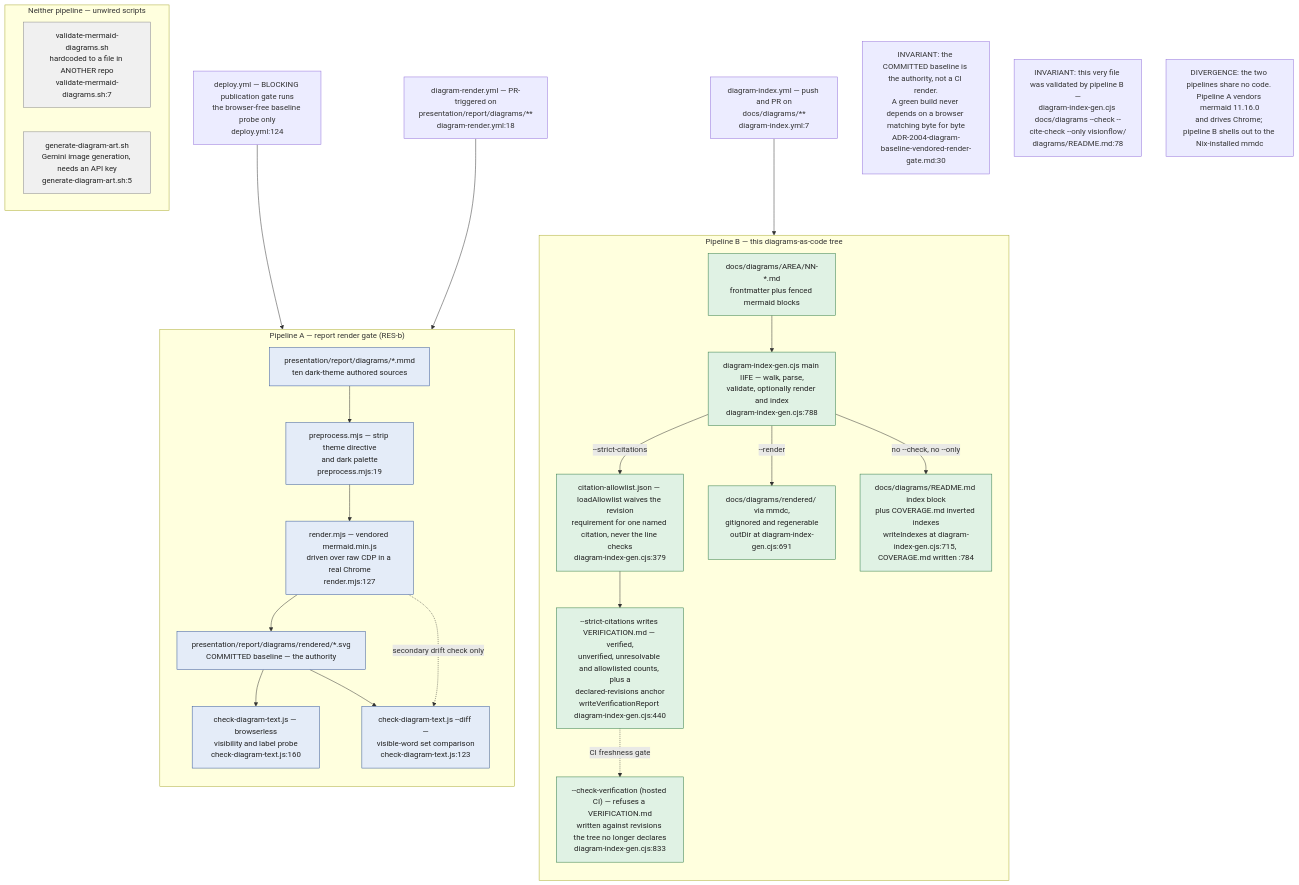
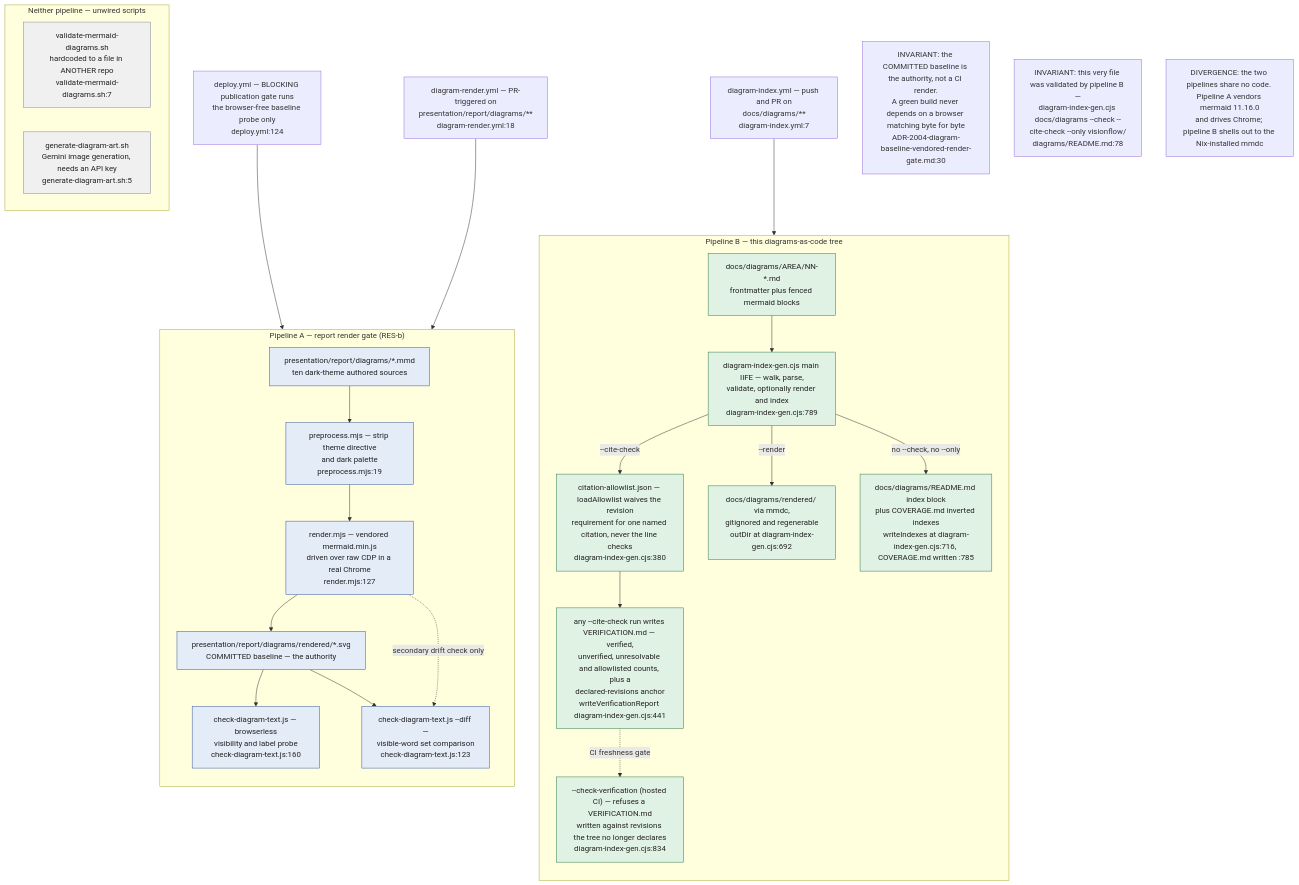
Before and after one commit to DreamLab-AI/VisionFlow: the first of 14 diagrams in docs/diagrams/visionflow/06-diagram-tooling.md, drawn with Mermaid. The commit also changed other lines of this file and 94 other files, not shown here.

First line of the commit message:
docs(diagrams): re-verify 130 topics against 2 October HEADs

````diff
--- a/docs/diagrams/visionflow/06-diagram-tooling.md
+++ b/docs/diagrams/visionflow/06-diagram-tooling.md
@@ -35,49 +35,49 @@
 ```mermaid
 flowchart TB
     classDef pipeA fill:#e4ecf8,stroke:#33559a,color:#222
     classDef pipeB fill:#e0f2e4,stroke:#2f7a45,color:#222
     classDef orphan fill:#f0f0f0,stroke:#888,color:#222
 
     subgraph A["Pipeline A — report render gate (RES-b)"]
         direction TB
         AS["presentation/report/diagrams/*.mmd<br/>ten dark-theme authored sources"]:::pipeA
         APRE["preprocess.mjs — strip theme directive<br/>and dark palette<br/>preprocess.mjs:19"]:::pipeA
         AREN["render.mjs — vendored mermaid.min.js<br/>driven over raw CDP in a real Chrome<br/>render.mjs:127"]:::pipeA
         ABASE["presentation/report/diagrams/rendered/*.svg<br/>COMMITTED baseline — the authority"]:::pipeA
         ACHK["check-diagram-text.js — browserless<br/>visibility and label probe<br/>check-diagram-text.js:160"]:::pipeA
         ADIFF["check-diagram-text.js --diff —<br/>visible-word set comparison<br/>check-diagram-text.js:123"]:::pipeA
         AS --> APRE --> AREN --> ABASE
         ABASE --> ACHK
         AREN -.->|"secondary drift check only"| ADIFF
         ABASE --> ADIFF
     end
 
     subgraph B["Pipeline B — this diagrams-as-code tree"]
         direction TB
         BS["docs/diagrams/AREA/NN-*.md<br/>frontmatter plus fenced mermaid blocks"]:::pipeB
-        BGEN["diagram-index-gen.cjs main IIFE — walk, parse,<br/>validate, optionally render and index<br/>diagram-index-gen.cjs:788"]:::pipeB
-        BALLOW["citation-allowlist.json — loadAllowlist waives the revision<br/>requirement for one named citation, never the line checks<br/>diagram-index-gen.cjs:379"]:::pipeB
-        BVER["--strict-citations writes VERIFICATION.md — verified,<br/>unverified, unresolvable and allowlisted counts, plus a<br/>declared-revisions anchor<br/>writeVerificationReport diagram-index-gen.cjs:440"]:::pipeB
-        BCHKV["--check-verification (hosted CI) — refuses a VERIFICATION.md<br/>written against revisions the tree no longer declares<br/>diagram-index-gen.cjs:833"]:::pipeB
-        BREND["docs/diagrams/rendered/ via mmdc,<br/>gitignored and regenerable<br/>outDir at diagram-index-gen.cjs:691"]:::pipeB
-        BIDX["docs/diagrams/README.md index block<br/>plus COVERAGE.md inverted indexes<br/>writeIndexes at diagram-index-gen.cjs:715, COVERAGE.md written :784"]:::pipeB
+        BGEN["diagram-index-gen.cjs main IIFE — walk, parse,<br/>validate, optionally render and index<br/>diagram-index-gen.cjs:789"]:::pipeB
+        BALLOW["citation-allowlist.json — loadAllowlist waives the revision<br/>requirement for one named citation, never the line checks<br/>diagram-index-gen.cjs:380"]:::pipeB
+        BVER["any --cite-check run writes VERIFICATION.md — verified,<br/>unverified, unresolvable and allowlisted counts, plus a<br/>declared-revisions anchor<br/>writeVerificationReport diagram-index-gen.cjs:441"]:::pipeB
+        BCHKV["--check-verification (hosted CI) — refuses a VERIFICATION.md<br/>written against revisions the tree no longer declares<br/>diagram-index-gen.cjs:834"]:::pipeB
+        BREND["docs/diagrams/rendered/ via mmdc,<br/>gitignored and regenerable<br/>outDir at diagram-index-gen.cjs:692"]:::pipeB
+        BIDX["docs/diagrams/README.md index block<br/>plus COVERAGE.md inverted indexes<br/>writeIndexes at diagram-index-gen.cjs:716, COVERAGE.md written :785"]:::pipeB
         BS --> BGEN
-        BGEN -->|"--strict-citations"| BALLOW --> BVER
+        BGEN -->|"--cite-check"| BALLOW --> BVER
         BVER -.->|"CI freshness gate"| BCHKV
         BGEN -->|"--render"| BREND
         BGEN -->|"no --check, no --only"| BIDX
     end
 
     WA["diagram-render.yml — PR-triggered on<br/>presentation/report/diagrams/**<br/>diagram-render.yml:18"] --> A
     WB["diagram-index.yml — push and PR on<br/>docs/diagrams/**<br/>diagram-index.yml:7"] --> B
     WD["deploy.yml — BLOCKING publication gate runs<br/>the browser-free baseline probe only<br/>deploy.yml:124"] --> ACHK
 
     subgraph O["Neither pipeline — unwired scripts"]
         OV["validate-mermaid-diagrams.sh<br/>hardcoded to a file in ANOTHER repo<br/>validate-mermaid-diagrams.sh:7"]:::orphan
         OG["generate-diagram-art.sh<br/>Gemini image generation, needs an API key<br/>generate-diagram-art.sh:5"]:::orphan
     end
 
     NOTE1["INVARIANT: the COMMITTED baseline is the authority, not a CI render.<br/>A green build never depends on a browser matching byte for byte<br/>ADR-2004-diagram-baseline-vendored-render-gate.md:30"]
     NOTE2["INVARIANT: this very file was validated by pipeline B —<br/>diagram-index-gen.cjs docs/diagrams --check --cite-check --only visionflow/<br/>diagrams/README.md:78"]
     NOTE3["DIVERGENCE: the two pipelines share no code. Pipeline A vendors mermaid 11.16.0<br/>and drives Chrome; pipeline B shells out to the Nix-installed mmdc"]
 ```
````
